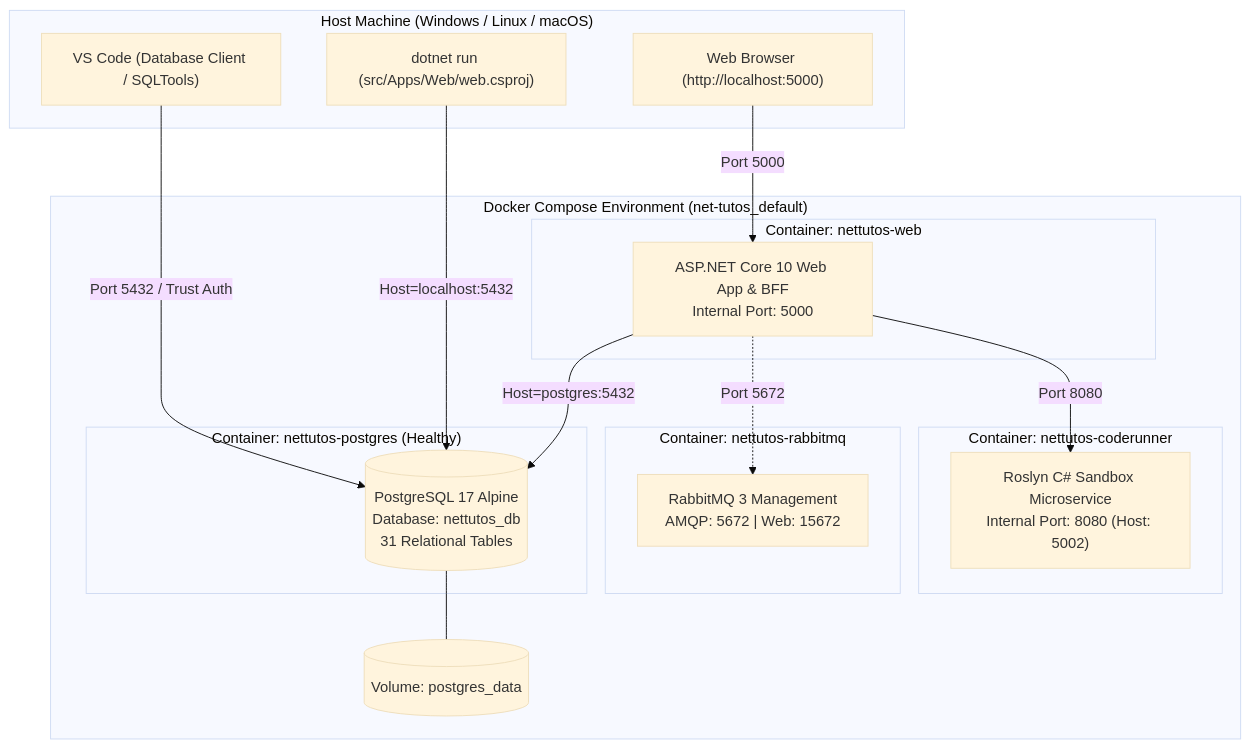
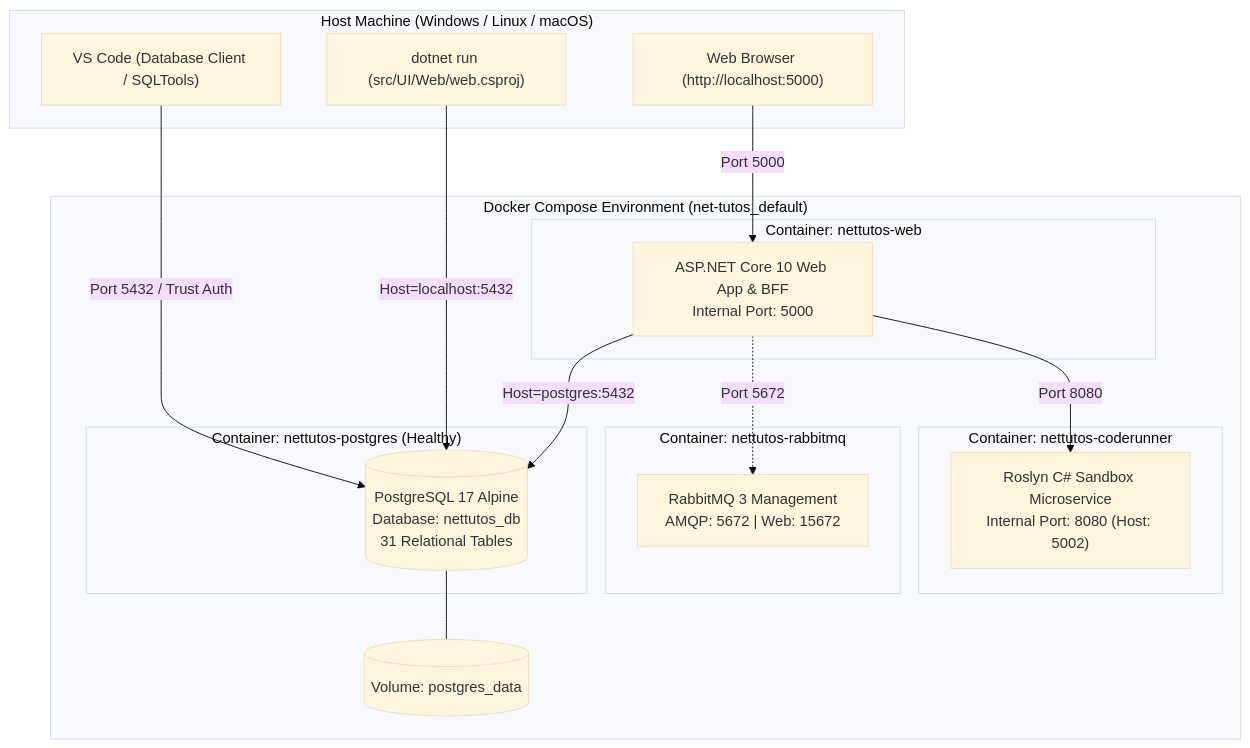
The diagram in docs/07_docker_and_database_setup.md (KaitoDeus/NET-Tutos), drawn with Mermaid (base theme) before and after one commit. The commit also changed other lines of this file and 340 other files, not shown here.

Commit message:
refactor(architecture): explicitly name layers as UI, Services, and Infrastructure across directories and solution

````diff
--- a/docs/07_docker_and_database_setup.md
+++ b/docs/07_docker_and_database_setup.md
@@ -17,36 +17,36 @@
 ```mermaid
 graph TD
     subgraph HostMachine ["Host Machine (Windows / Linux / macOS)"]
         VSCode["VS Code (Database Client / SQLTools)"]
-        DotnetLocal["dotnet run (src/Apps/Web/web.csproj)"]
+        DotnetLocal["dotnet run (src/UI/Web/web.csproj)"]
         Browser["Web Browser (http://localhost:5000)"]
     end
 
     subgraph DockerCompose ["Docker Compose Environment (net-tutos_default)"]
         subgraph WebContainer ["Container: nettutos-web"]
             WebApp["ASP.NET Core 10 Web App & BFF<br/>Internal Port: 5000"]
         end
 
         subgraph RunnerContainer ["Container: nettutos-coderunner"]
             CodeRunner["Roslyn C# Sandbox Microservice<br/>Internal Port: 8080 (Host: 5002)"]
         end
 
         subgraph RabbitContainer ["Container: nettutos-rabbitmq"]
             RabbitMQ["RabbitMQ 3 Management<br/>AMQP: 5672 | Web: 15672"]
         end
 
         subgraph PostgresContainer ["Container: nettutos-postgres (Healthy)"]
             PostgresDB[("PostgreSQL 17 Alpine<br/>Database: nettutos_db<br/>31 Relational Tables")]
         end
 
         Volume[("Volume: postgres_data")]
     end
 
     Browser -->|Port 5000| WebApp
     WebApp -->|Port 8080| CodeRunner
     WebApp -.->|Port 5672| RabbitMQ
     VSCode -->|Port 5432 / Trust Auth| PostgresDB
     DotnetLocal -->|Host=localhost:5432| PostgresDB
     WebApp -->|Host=postgres:5432| PostgresDB
     PostgresDB --- Volume
 ```
````
